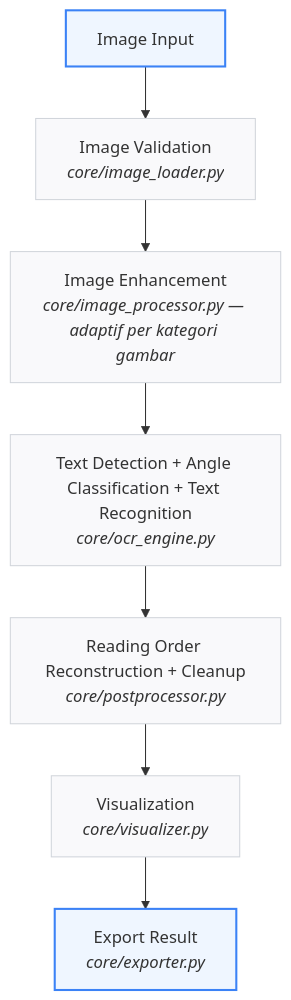
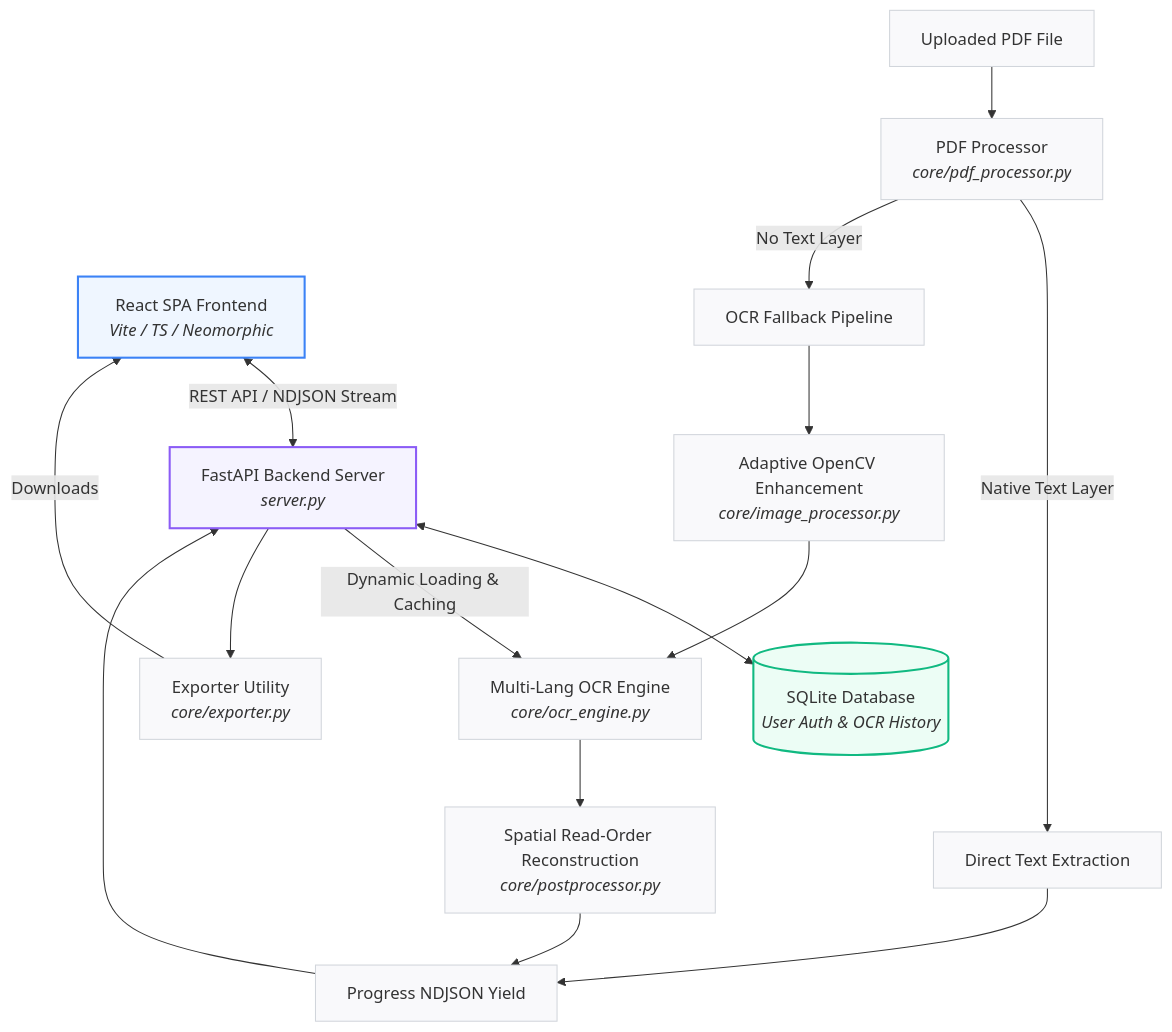
The diagram in readme.md (MuhammadDias/Paddle-OCR), drawn with Mermaid before and after one commit. The commit also changed other lines of this file, not shown here.

````diff
--- a/readme.md
+++ b/readme.md
@@ -161,13 +11,31 @@
 ```mermaid
 flowchart TD
-    Input[Image Input] --> Validation[Image Validation<br/><i>core/image_loader.py</i>]
-    Validation --> Enhancement[Image Enhancement<br/><i>core/image_processor.py — adaptif per kategori gambar</i>]
-    Enhancement --> OCR[Text Detection + Angle Classification + Text Recognition<br/><i>core/ocr_engine.py</i>]
-    OCR --> PostProcess[Reading Order Reconstruction + Cleanup<br/><i>core/postprocessor.py</i>]
-    PostProcess --> Visual[Visualization<br/><i>core/visualizer.py</i>]
-    Visual --> Export[Export Result<br/><i>core/exporter.py</i>]
+    SPA[React SPA Frontend<br/><i>Vite / TS / Neomorphic</i>] <-->|REST API / NDJSON Stream| Server[FastAPI Backend Server<br/><i>server.py</i>]
+    Server <--> DB[(SQLite Database<br/><i>User Auth & OCR History</i>)]
+    Server -->|Dynamic Loading & Caching| Engine[Multi-Lang OCR Engine<br/><i>core/ocr_engine.py</i>]
+    
+    %% Document PDF pipeline
+    PDF[Uploaded PDF File] --> PDFProc[PDF Processor<br/><i>core/pdf_processor.py</i>]
+    PDFProc -->|Native Text Layer| TextLayer[Direct Text Extraction]
+    PDFProc -->|No Text Layer| OCRFall[OCR Fallback Pipeline]
+    
+    OCRFall --> ImageEnh[Adaptive OpenCV Enhancement<br/><i>core/image_processor.py</i>]
+    ImageEnh --> Engine
+    Engine --> Post[Spatial Read-Order Reconstruction<br/><i>core/postprocessor.py</i>]
+    
+    TextLayer --> Assembly[Progress NDJSON Yield]
+    Post --> Assembly
+    Assembly --> Server
+    
+    %% Exporter
+    Server --> Export[Exporter Utility<br/><i>core/exporter.py</i>]
+    Export -->|Downloads| SPA
 
     classDef default fill:#f9f9fb,stroke:#d1d5db,stroke-width:1px;
-    classDef startEnd fill:#eff6ff,stroke:#3b82f6,stroke-width:2px;
-    class Input,Export startEnd;
+    classDef spa fill:#eff6ff,stroke:#3b82f6,stroke-width:2px;
+    classDef server fill:#f5f3ff,stroke:#8b5cf6,stroke-width:2px;
+    classDef database fill:#ecfdf5,stroke:#10b981,stroke-width:2px;
+    class SPA spa;
+    class Server server;
+    class DB database;
 ```
````
